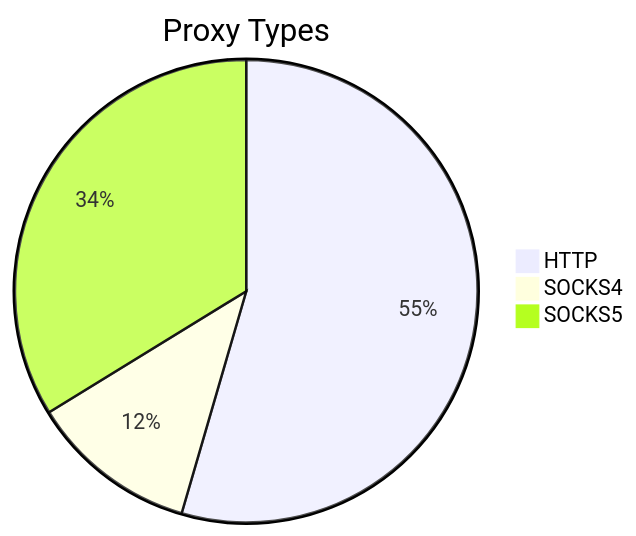
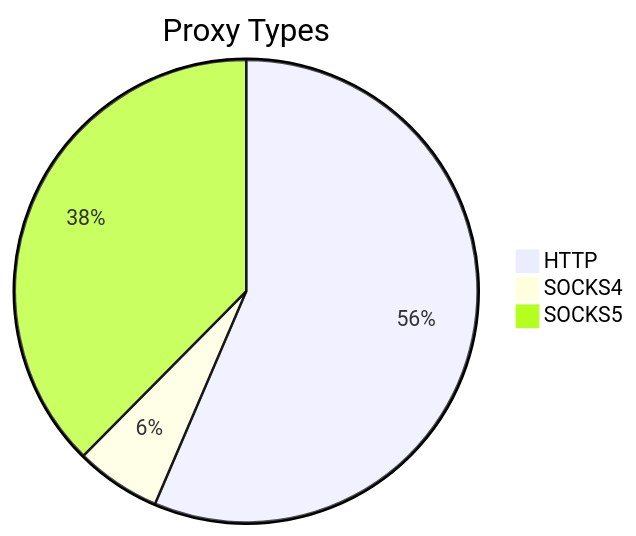
One commit to stormsia/proxy-list changed the first of 2 diagrams in README.md. Above: the diagram before and after it, drawn with Mermaid. The commit also changed other lines of this file, not shown here.

````diff
--- a/README.md
+++ b/README.md
@@ -21,6 +21,6 @@
 ```mermaid
 pie title Proxy Types
-    "HTTP" : 381
-    "SOCKS4" : 82
-    "SOCKS5" : 236
+    "HTTP" : 350
+    "SOCKS4" : 37
+    "SOCKS5" : 233
 ```
````
